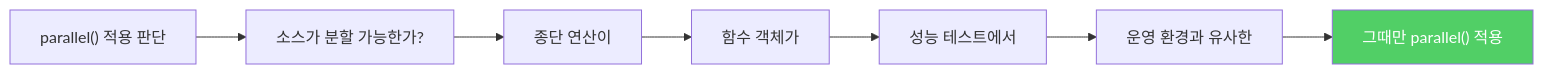
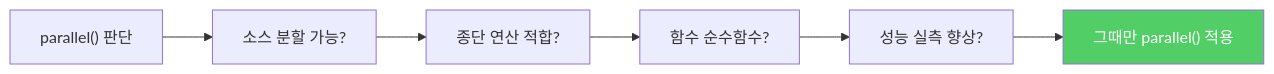
The third of 3 diagrams in _posts/java/2022-01-24-effective-java48.md (yjkim2015/yjkim2015.github.io), drawn with Mermaid before and after one commit. The commit also changed 245 other files, not shown here.

First line of the commit message:
Mermaid 다이어그램 전면 수정 + 면접 포인트 접기/펼치기 + DB 데드락 페이지

````diff
--- a/_posts/java/2022-01-24-effective-java48.md
+++ b/_posts/java/2022-01-24-effective-java48.md
@@ -106,10 +106,9 @@
 ```mermaid
 graph LR
-    A["parallel() 적용 판단"] --> B["소스가 분할 가능한가?"]
-    B --> C["종단 연산이"]
-    C --> D["함수 객체가"]
-    D --> E["성능 테스트에서"]
-    E --> F["운영 환경과 유사한"]
-    F --> G["그때만 parallel() 적용"]
-    style G fill:#51cf66,color:#fff
+    A["parallel() 판단"] --> B["소스 분할 가능?"]
+    B --> C["종단 연산 적합?"]
+    C --> D["함수 순수함수?"]
+    D --> E["성능 실측 향상?"]
+    E --> F["그때만 parallel() 적용"]
+    style F fill:#51cf66,color:#fff
 ```
````
